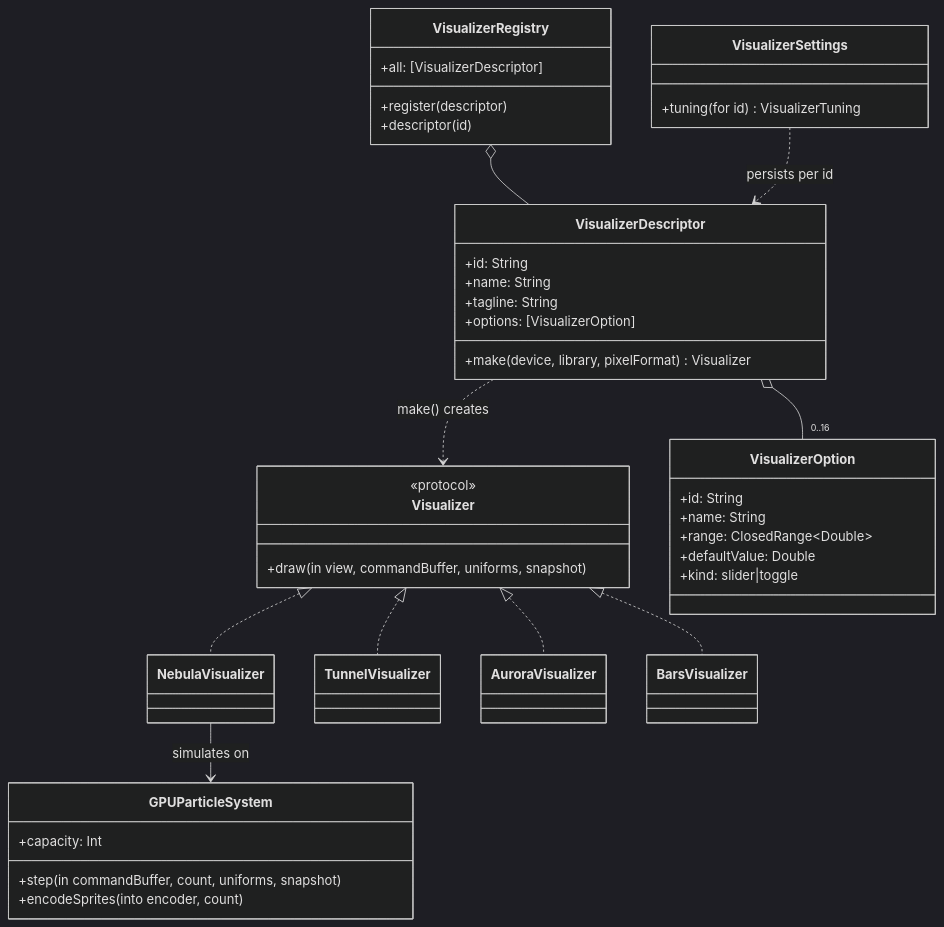
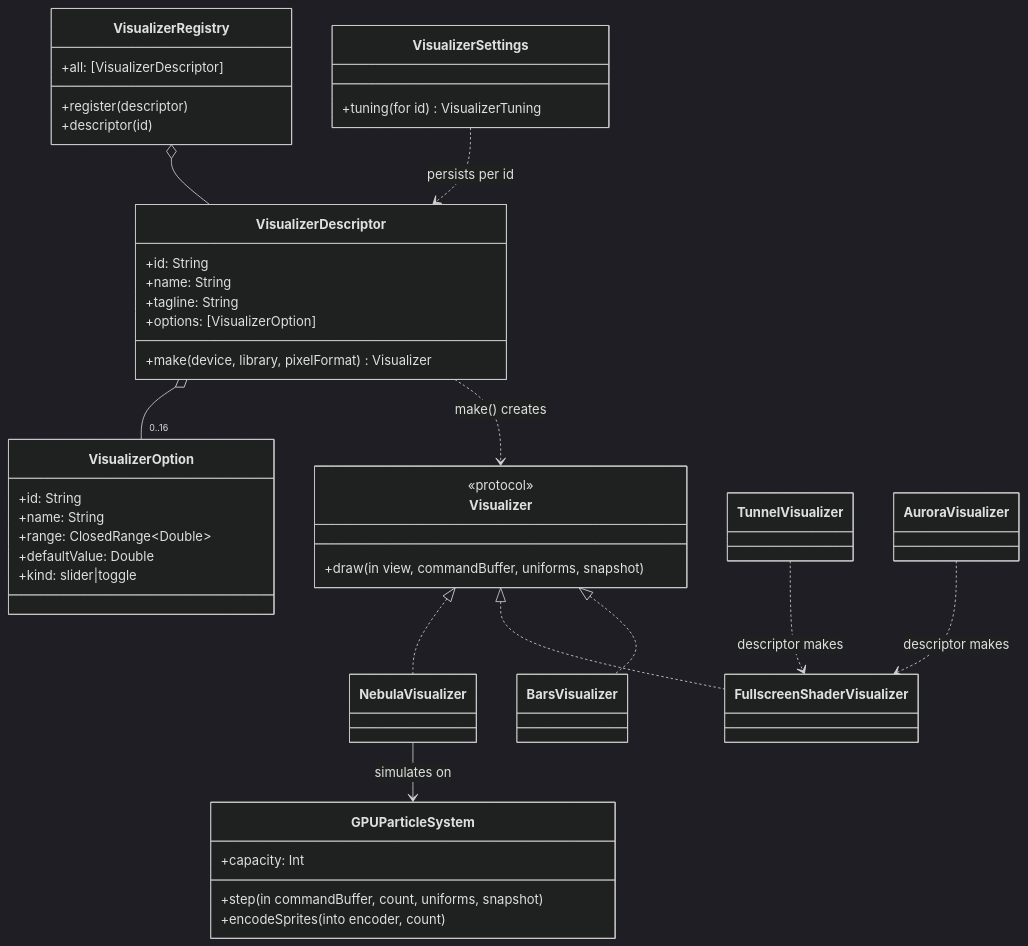
One commit to jonjaques/synesthia changed the first of 3 diagrams in docs/visualizers.md. Above: the diagram before and after it, drawn with Mermaid (dark theme). The commit also changed other lines of this file and 29 other files, not shown here.

````diff
--- a/docs/visualizers.md
+++ b/docs/visualizers.md
@@ -10,43 +10,44 @@
 ```mermaid
 classDiagram
     class Visualizer {
         <<protocol>>
         +draw(in view, commandBuffer, uniforms, snapshot)
     }
     class VisualizerDescriptor {
         +id: String
         +name: String
         +tagline: String
         +options: [VisualizerOption]
         +make(device, library, pixelFormat) Visualizer
     }
     class VisualizerOption {
         +id: String
         +name: String
         +range: ClosedRange~Double~
         +defaultValue: Double
         +kind: slider|toggle
     }
     class VisualizerRegistry {
         +all: [VisualizerDescriptor]
         +register(descriptor)
         +descriptor(id)
     }
     class GPUParticleSystem {
         +capacity: Int
         +step(in commandBuffer, count, uniforms, snapshot)
         +encodeSprites(into encoder, count)
     }
     class VisualizerSettings {
         +tuning(for id) VisualizerTuning
     }
     VisualizerRegistry o-- VisualizerDescriptor
     VisualizerDescriptor o-- "0..16" VisualizerOption
     VisualizerDescriptor ..> Visualizer : make() creates
     NebulaVisualizer --> GPUParticleSystem : simulates on
     Visualizer <|.. NebulaVisualizer
-    Visualizer <|.. TunnelVisualizer
-    Visualizer <|.. AuroraVisualizer
+    Visualizer <|.. FullscreenShaderVisualizer
     Visualizer <|.. BarsVisualizer
+    TunnelVisualizer ..> FullscreenShaderVisualizer : descriptor makes
+    AuroraVisualizer ..> FullscreenShaderVisualizer : descriptor makes
     VisualizerSettings ..> VisualizerDescriptor : persists per id
 ```
````
